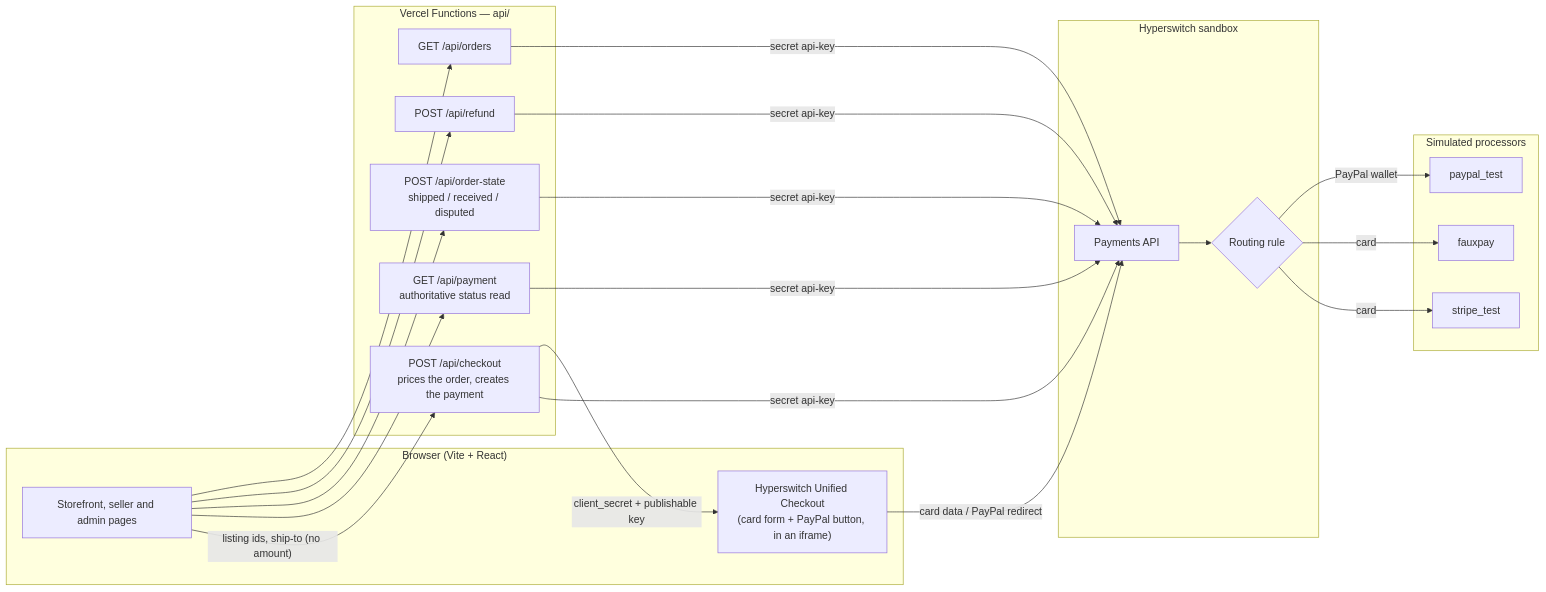
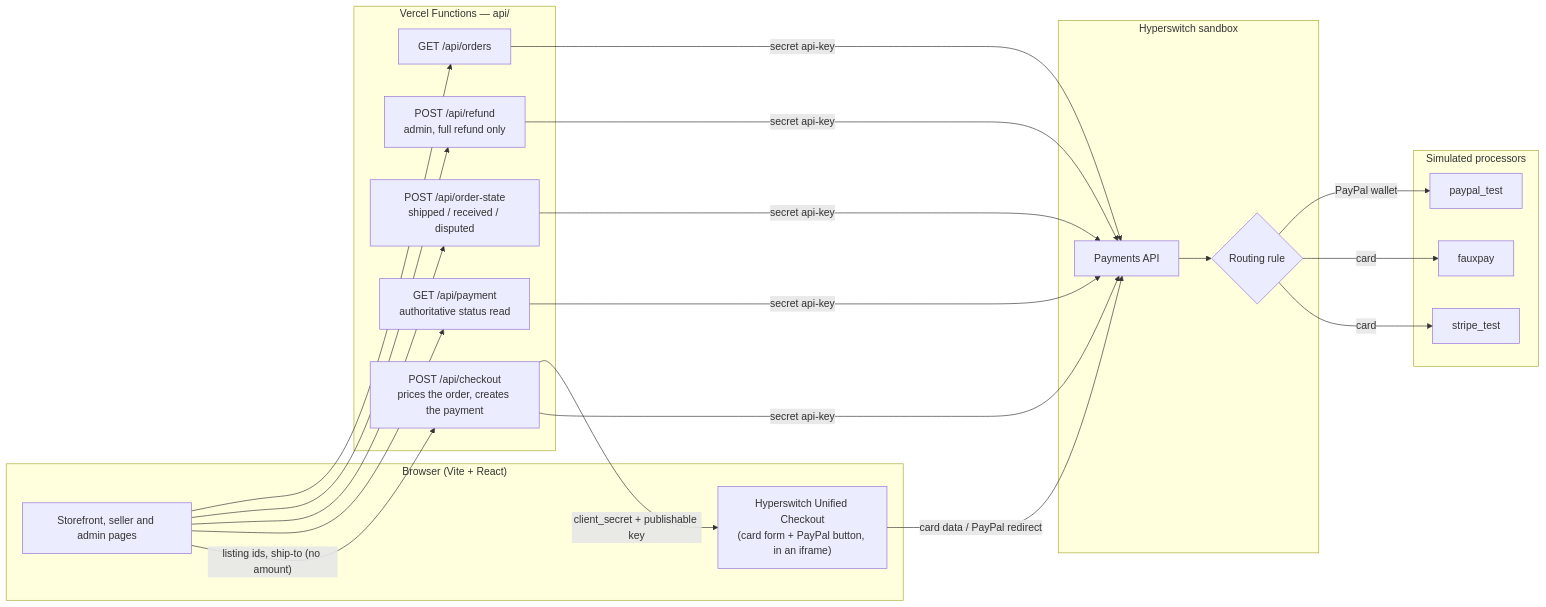
The first of 4 diagrams in README.md (jamespotash0/juspay-prototype), drawn with Mermaid before and after one commit. The commit also changed other lines of this file, not shown here.

````diff
--- a/README.md
+++ b/README.md
@@ -54,36 +60,36 @@
 ```mermaid
 flowchart LR
   subgraph Browser["Browser (Vite + React)"]
     UI["Storefront, seller and admin pages"]
     SDK["Hyperswitch Unified Checkout<br/>(card form + PayPal button, in an iframe)"]
   end
 
   subgraph Vercel["Vercel Functions — api/"]
     CO["POST /api/checkout<br/>prices the order, creates the payment"]
     PAY["GET /api/payment<br/>authoritative status read"]
     OS["POST /api/order-state<br/>shipped / received / disputed"]
-    REF["POST /api/refund"]
+    REF["POST /api/refund<br/>admin, full refund only"]
     ORD["GET /api/orders"]
   end
 
   subgraph HS["Hyperswitch sandbox"]
     API["Payments API"]
     RT{"Routing rule"}
   end
 
   subgraph Proc["Simulated processors"]
     ST["stripe_test"]
     FP["fauxpay"]
     PP["paypal_test"]
   end
 
   UI -- "listing ids, ship-to (no amount)" --> CO
   CO -- "secret api-key" --> API
   CO -- "client_secret + publishable key" --> SDK
   SDK -- "card data / PayPal redirect" --> API
   UI --> PAY & OS & REF & ORD
   PAY & OS & REF & ORD -- "secret api-key" --> API
   API --> RT
   RT -- "card" --> ST & FP
   RT -- "PayPal wallet" --> PP
 ```
````
